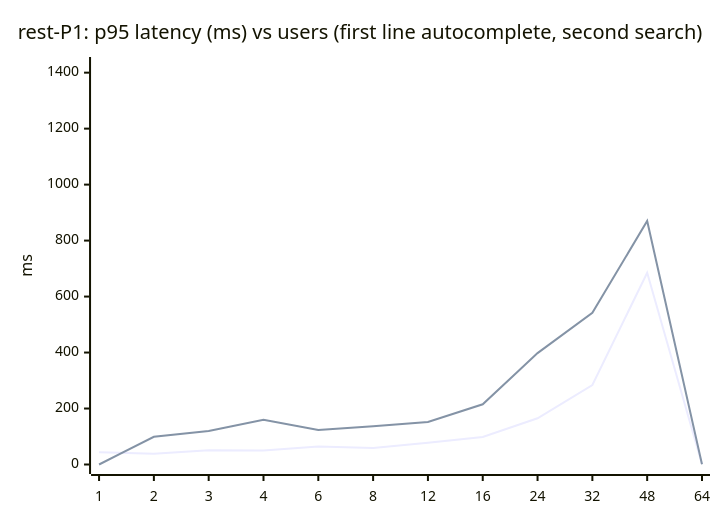
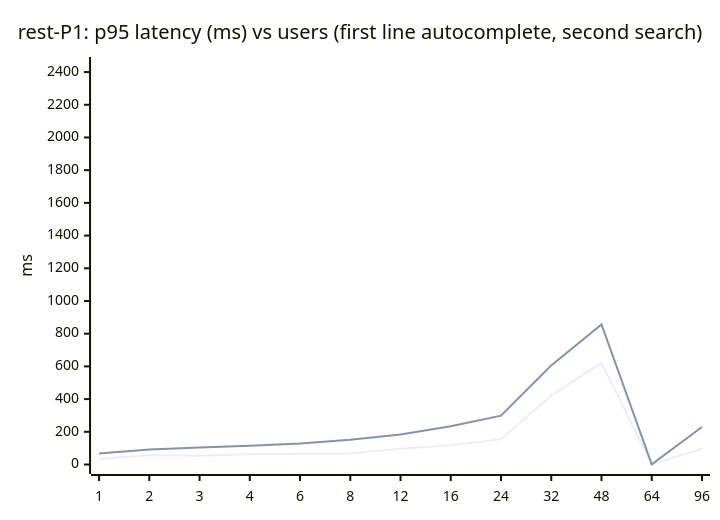
The ninth of 13 diagrams in docs/LOAD_TEST_RESULTS_PGEO.md (johnzastrow/pgeo), drawn with Mermaid before and after one commit. The commit also changed other lines of this file and 3 other files, not shown here.

````diff
--- a/docs/LOAD_TEST_RESULTS_PGEO.md
+++ b/docs/LOAD_TEST_RESULTS_PGEO.md
@@ -268,8 +266,8 @@
 ```mermaid
 xychart-beta
     title "rest-P1: p95 latency (ms) vs users (first line autocomplete, second search)"
-    x-axis [1, 2, 3, 4, 6, 8, 12, 16, 24, 32, 48, 64]
-    y-axis "ms" 0 --> 1422
-    line [44, 38, 51, 50, 64, 59, 78, 98, 165, 284, 685, 1,115]
-    line [0, 99, 120, 160, 123, 137, 152, 215, 398, 542, 870, 1,293]
+    x-axis [1, 2, 3, 4, 6, 8, 12, 16, 24, 32, 48, 64, 96]
+    y-axis "ms" 0 --> 2434
+    line [34, 57, 54, 63, 65, 67, 97, 118, 155, 422, 622, 1,096, 2,213]
+    line [68, 92, 104, 114, 128, 152, 183, 234, 299, 606, 857, 1,229, 2,208]
 ```
````
